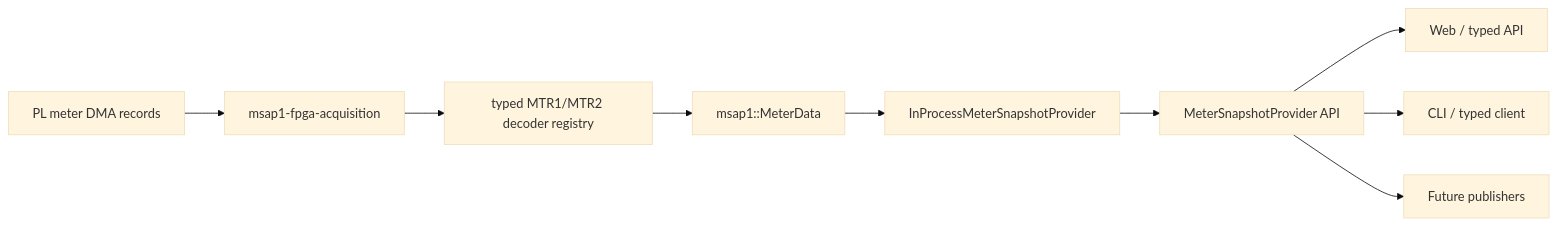
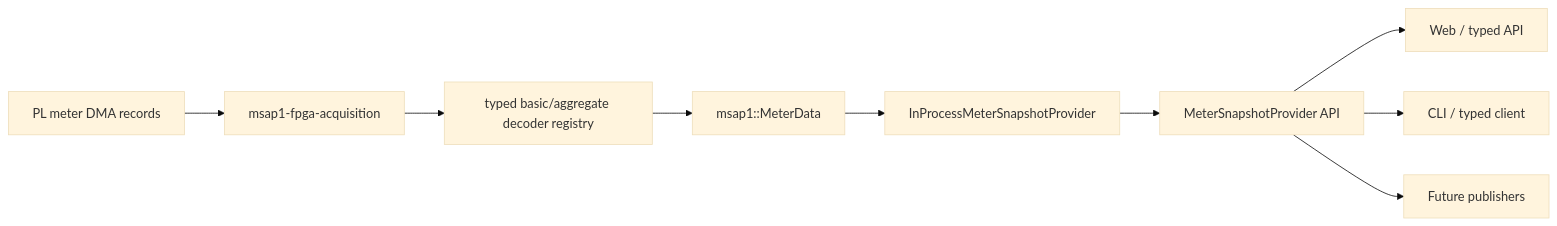
The first of 2 diagrams in docs/Developer_Guide/METER_DATA_PROVIDER_PROGRAMMING_GUIDE.md (Monutchee/MSAP1_APU), drawn with Mermaid (base theme) before and after one commit. The commit also changed other lines of this file and 19 other files, not shown here.

````diff
--- a/docs/Developer_Guide/METER_DATA_PROVIDER_PROGRAMMING_GUIDE.md
+++ b/docs/Developer_Guide/METER_DATA_PROVIDER_PROGRAMMING_GUIDE.md
@@ -14,11 +14,11 @@
 ```mermaid
 flowchart LR
     PL["PL meter DMA records"] --> ACQ["msap1-fpga-acquisition"]
-    ACQ --> DEC["typed MTR1/MTR2 decoder registry"]
+    ACQ --> DEC["typed basic/aggregate decoder registry"]
     DEC --> DATA["msap1::MeterData"]
     DATA --> PROVIDER["InProcessMeterSnapshotProvider"]
     PROVIDER --> SNAP["MeterSnapshotProvider API"]
     SNAP --> WEB["Web / typed API"]
     SNAP --> CLI["CLI / typed client"]
     SNAP --> PUB["Future publishers"]
 ```
````
